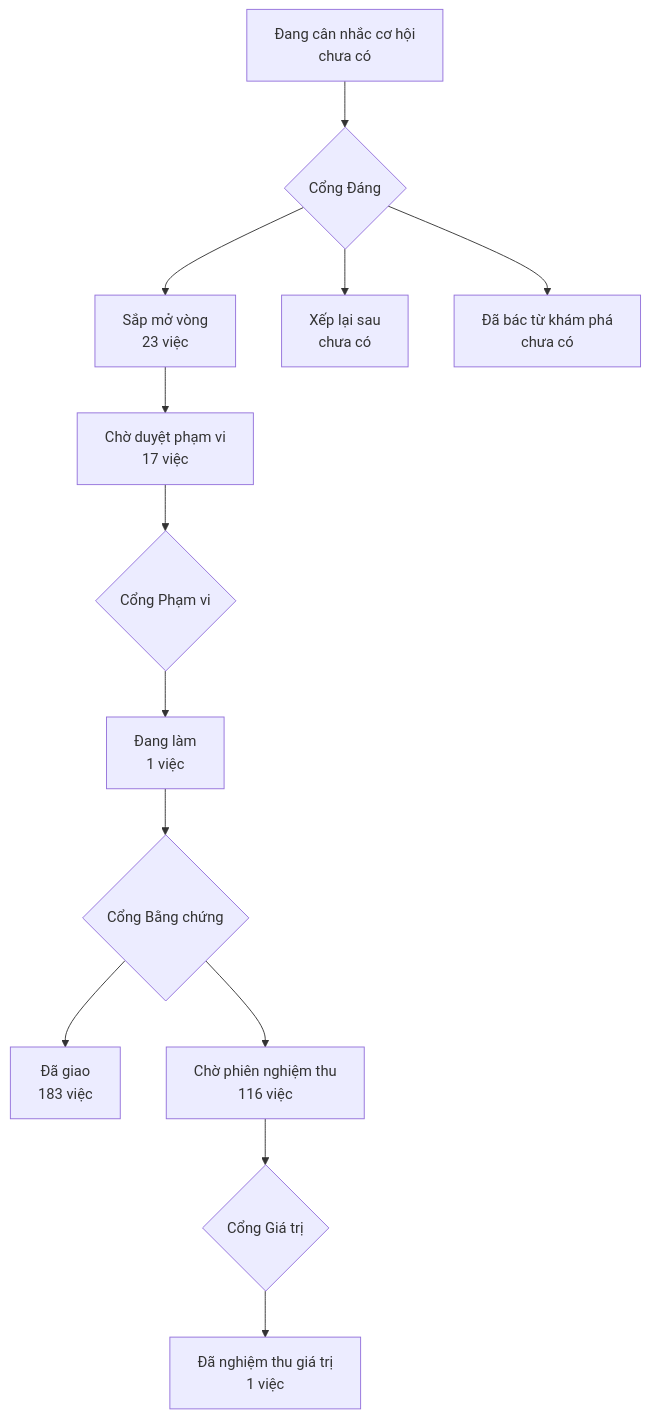
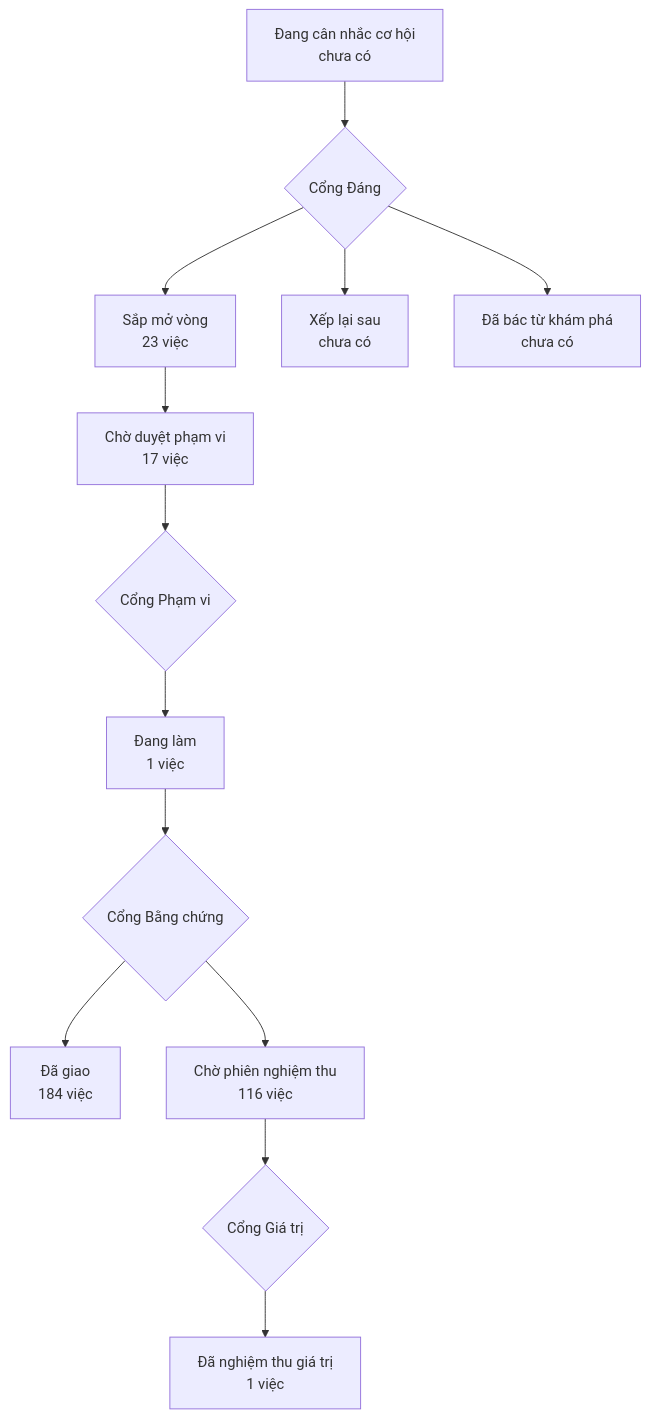
One commit to phanlemanh/onehub-invest changed the diagram in PRODUCT-MAP.md. Above: the diagram before and after it, drawn with Mermaid. The commit also changed other lines of this file and 1 other file, not shown here.

Commit message:
docs: vẽ lại bản đồ sản phẩm sau gộp main (can-gia-tot-cung-loai)

````diff
--- a/PRODUCT-MAP.md
+++ b/PRODUCT-MAP.md
@@ -7,12 +7,12 @@
 ```mermaid
 flowchart TD
   A["Đang cân nhắc cơ hội<br/>chưa có"] --> GD{"Cổng Đáng"}
   GD --> B["Sắp mở vòng<br/>23 việc"]
   GD --> XL["Xếp lại sau<br/>chưa có"]
   GD --> DB["Đã bác từ khám phá<br/>chưa có"]
   B --> CD["Chờ duyệt phạm vi<br/>17 việc"] --> GP{"Cổng Phạm vi"}
   GP --> DL["Đang làm<br/>1 việc"] --> GB{"Cổng Bằng chứng"}
-  GB --> DG["Đã giao<br/>183 việc"]
+  GB --> DG["Đã giao<br/>184 việc"]
   GB --> CN["Chờ phiên nghiệm thu<br/>116 việc"] --> GG{"Cổng Giá trị"}
   GG --> NT["Đã nghiệm thu giá trị<br/>1 việc"]
 ```
````
